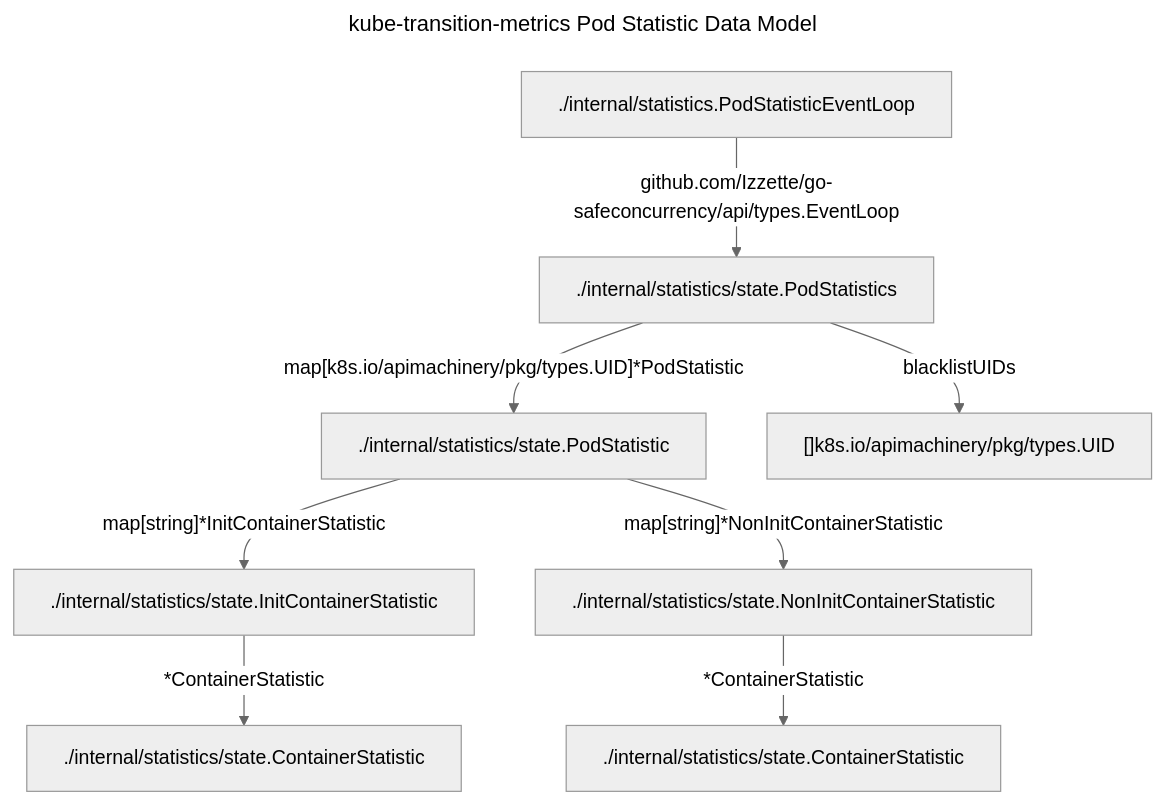
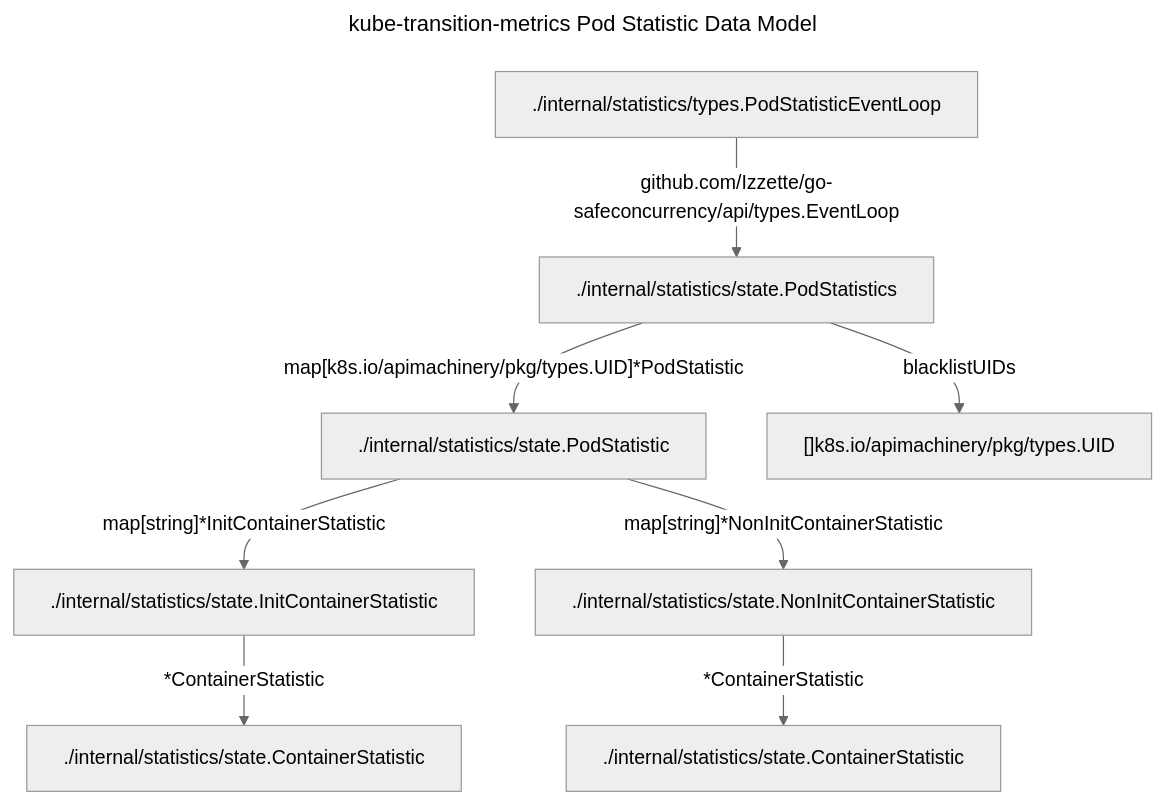
One commit to backmarket-oss/kube-transition-metrics changed the fourth of 6 diagrams in doc/ARCHITECTURE.md. Above: the diagram before and after it, drawn with Mermaid (neutral theme). The commit also changed other lines of this file and 8 other files, not shown here.

````diff
--- a/doc/ARCHITECTURE.md
+++ b/doc/ARCHITECTURE.md
@@ -139,22 +143,22 @@
 ```mermaid
 ---
 title: "kube-transition-metrics Pod Statistic Data Model"
 ---
 flowchart TD
-    PodStatisticEventLoop["./internal/statistics.PodStatisticEventLoop"]
+    PodStatisticEventLoop["./internal/statistics/types.PodStatisticEventLoop"]
     PodStatistics["./internal/statistics/state.PodStatistics"]
     PodStatistic["./internal/statistics/state.PodStatistic"]
     blacklistUIDs["[]k8s.io/apimachinery/pkg/types.UID"]
     InitContainerStatistic["./internal/statistics/state.InitContainerStatistic"]
     NonInitContainerStatistic["./internal/statistics/state.NonInitContainerStatistic"]
 
     PodStatisticEventLoop -->|"github.com/Izzette/go-safeconcurrency/api/types.EventLoop"| PodStatistics
     PodStatistics -->|"blacklistUIDs"| blacklistUIDs
     PodStatistics -->|"map[k8s.io/apimachinery/pkg/types.UID]*PodStatistic"| PodStatistic
     PodStatistic
         -->|"map[string]*InitContainerStatistic"| InitContainerStatistic
         -->|"*ContainerStatistic"| ContainerStatistic_ForInit["./internal/statistics/state.ContainerStatistic"]
     PodStatistic
         -->|"map[string]*NonInitContainerStatistic"| NonInitContainerStatistic
         -->|"*ContainerStatistic"| ContainerStatistic_ForNonInit["./internal/statistics/state.ContainerStatistic"]
 ```
````
